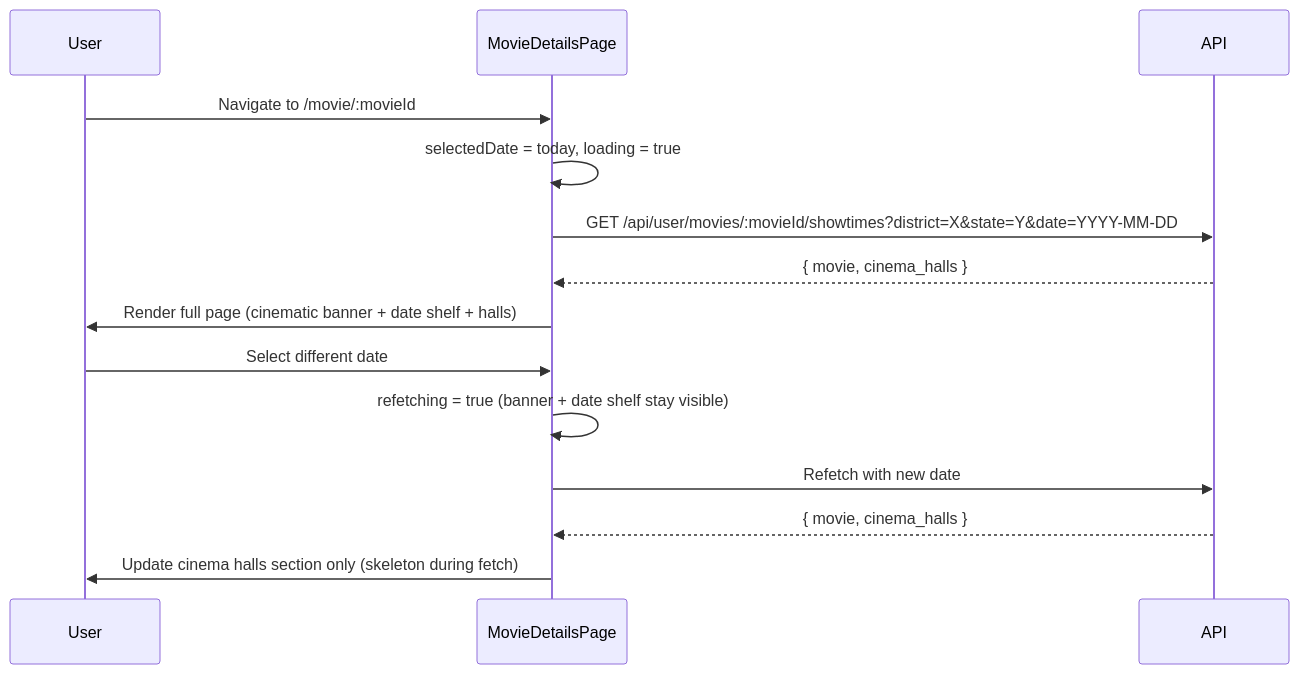
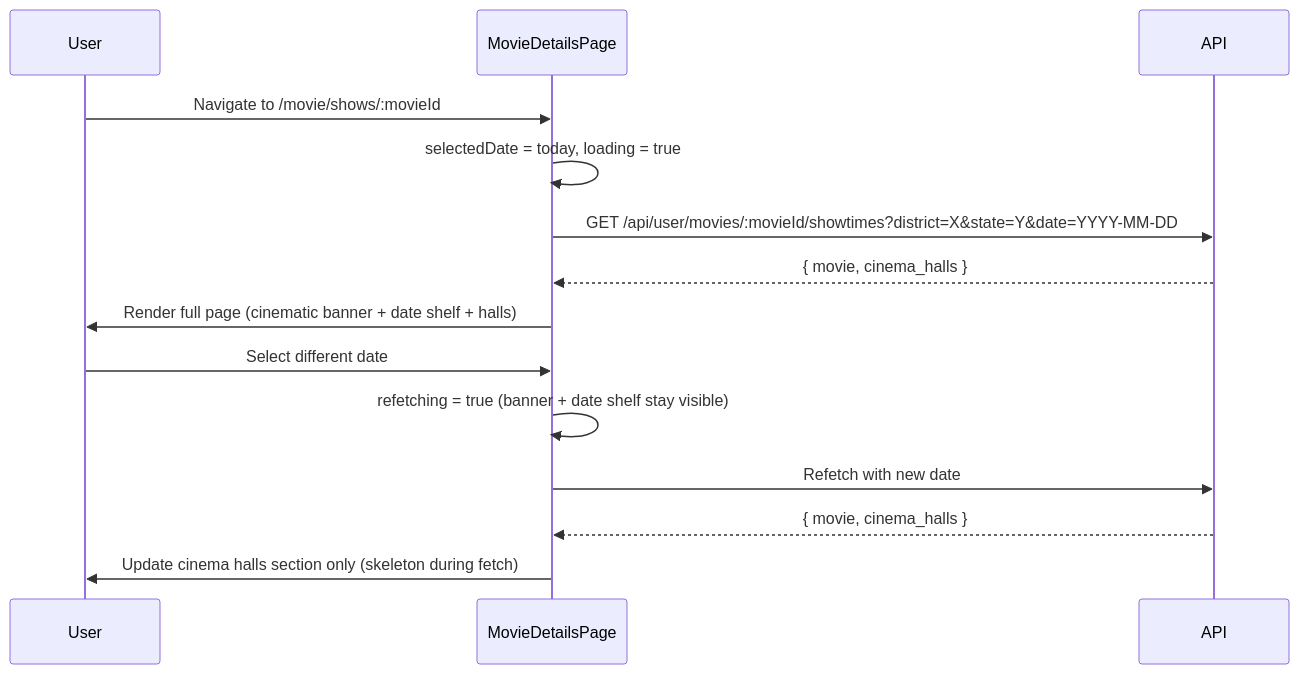
Before and after one commit to hduraimurugan/cinema-app-docs: diagram 19 of 19 in users.md, drawn with Mermaid. The commit also changed other lines of this file and 1 other file, not shown here.

Commit message:
add MovieInfoPage and update routing for movie details

````diff
--- a/users.md
+++ b/users.md
@@ -874,18 +933,18 @@
 ```mermaid
 sequenceDiagram
     participant User
     participant MovieDetailsPage
     participant API
 
-    User->>MovieDetailsPage: Navigate to /movie/:movieId
+    User->>MovieDetailsPage: Navigate to /movie/shows/:movieId
     MovieDetailsPage->>MovieDetailsPage: selectedDate = today, loading = true
     MovieDetailsPage->>API: GET /api/user/movies/:movieId/showtimes?district=X&state=Y&date=YYYY-MM-DD
     API-->>MovieDetailsPage: { movie, cinema_halls }
     MovieDetailsPage->>User: Render full page (cinematic banner + date shelf + halls)
 
     User->>MovieDetailsPage: Select different date
     MovieDetailsPage->>MovieDetailsPage: refetching = true (banner + date shelf stay visible)
     MovieDetailsPage->>API: Refetch with new date
     API-->>MovieDetailsPage: { movie, cinema_halls }
     MovieDetailsPage->>User: Update cinema halls section only (skeleton during fetch)
 ```
````
